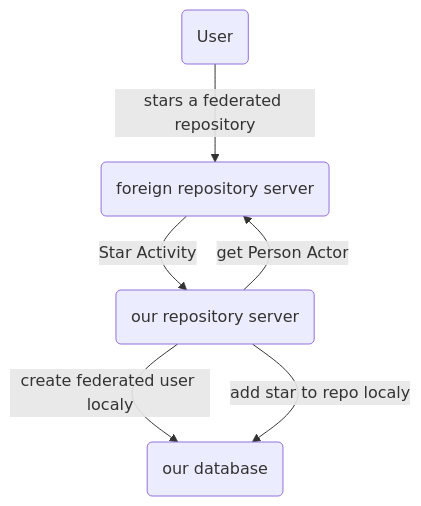
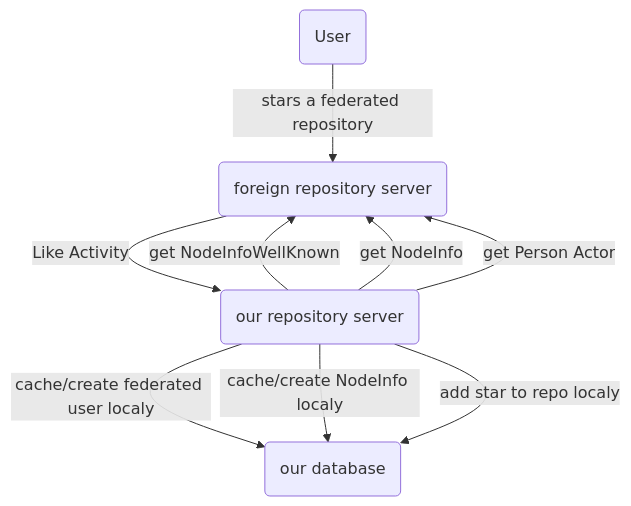
One commit to yonasBSD/forgejo changed the second of 2 diagrams in docs/unsure-where-to-put/threat_analysis_star_activity.md. Above: the diagram before and after it, drawn with Mermaid. The commit also changed other lines of this file, not shown here.

Commit message:
update ThreatAnalysis for Like Aktivity

````diff
--- a/docs/unsure-where-to-put/threat_analysis_star_activity.md
+++ b/docs/unsure-where-to-put/threat_analysis_star_activity.md
@@ -57,8 +71,11 @@
 ```mermaid
 flowchart TD
     A(User) --> |stars a federated repository| B(foreign repository server)
-    B --> |Star Activity| C(our repository server)
+    B --> |Like Activity| C(our repository server)
+    C --> |get NodeInfoWellKnown| B
+    C --> |get NodeInfo| B
     C --> |get Person Actor| B
-    C --> |create federated user localy| D(our database)
+    C --> |cache/create federated user localy| D(our database)
+    C --> |cache/create NodeInfo localy| D(our database)
     C --> |add star to repo localy| D    
 ```
````
